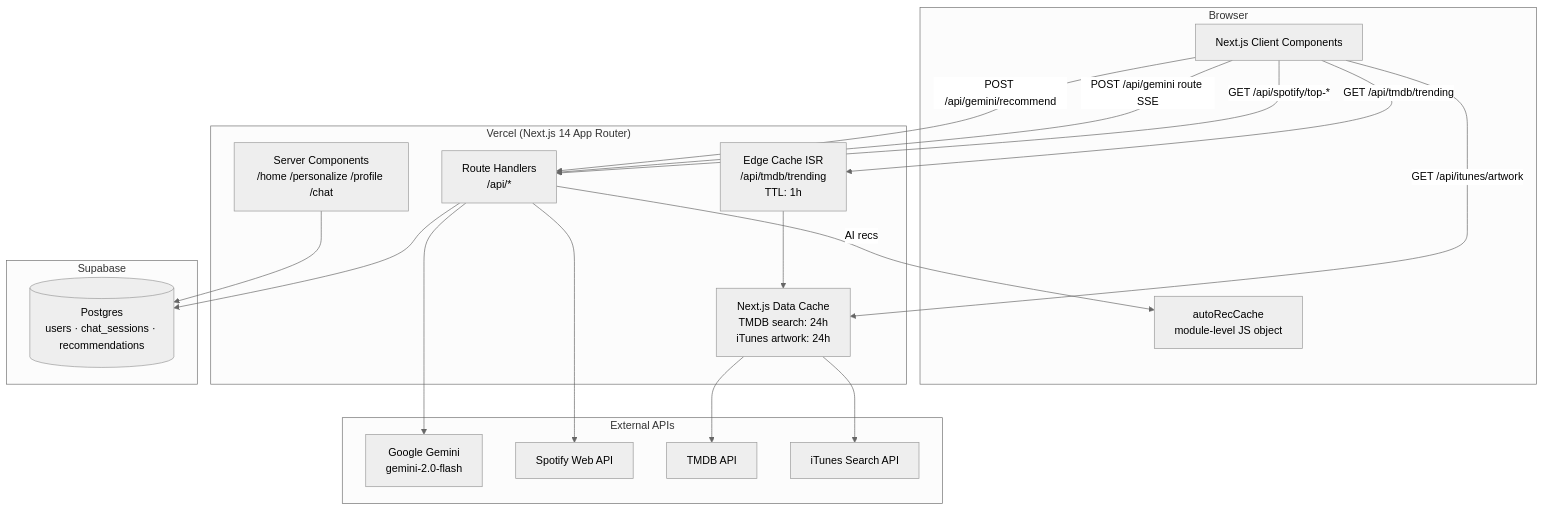
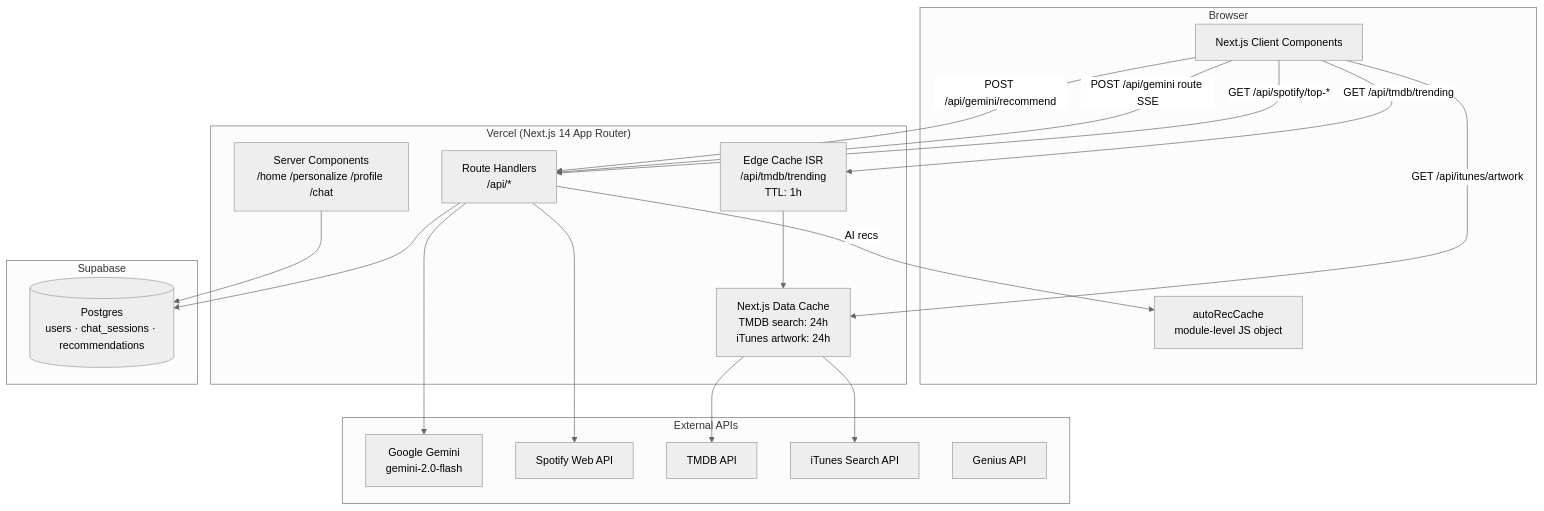
One commit to ramprasanth0/RecMe changed the first of 5 diagrams in README.md. Above: the diagram before and after it, drawn with Mermaid (neutral theme). The commit also changed other lines of this file, not shown here.

Commit message:
docs: update README with new web player, AI features, and system architecture changes

````diff
--- a/README.md
+++ b/README.md
@@ -69,42 +77,43 @@
 ```mermaid
 graph TD
     subgraph Browser
         UI[Next.js Client Components]
         Cache[autoRecCache\nmodule-level JS object]
     end
 
     subgraph Vercel["Vercel (Next.js 14 App Router)"]
         Pages[Server Components\n/home /personalize /profile /chat]
         API[Route Handlers\n/api/*]
         EdgeCache[Edge Cache ISR\n/api/tmdb/trending\nTTL: 1h]
         DataCache[Next.js Data Cache\nTMDB search: 24h\niTunes artwork: 24h]
     end
 
     subgraph Supabase
         DB[(Postgres\nusers · chat_sessions · recommendations)]
     end
 
     subgraph External["External APIs"]
         Gemini[Google Gemini\ngemini-2.0-flash]
         Spotify[Spotify Web API]
         TMDB[TMDB API]
         iTunes[iTunes Search API]
+        Genius[Genius API]
     end
 
     UI -->|POST /api/gemini/recommend| API
     UI -->|POST /api/gemini route SSE| API
     UI -->|GET /api/tmdb/trending| EdgeCache
     UI -->|GET /api/itunes/artwork| DataCache
     UI -->|GET /api/spotify/top-*| API
 
     API --> Gemini
     API --> Spotify
     EdgeCache --> DataCache
     DataCache --> TMDB
     DataCache --> iTunes
 
     Pages --> DB
     API --> DB
 
     API -->|AI recs| Cache
 ```
````
